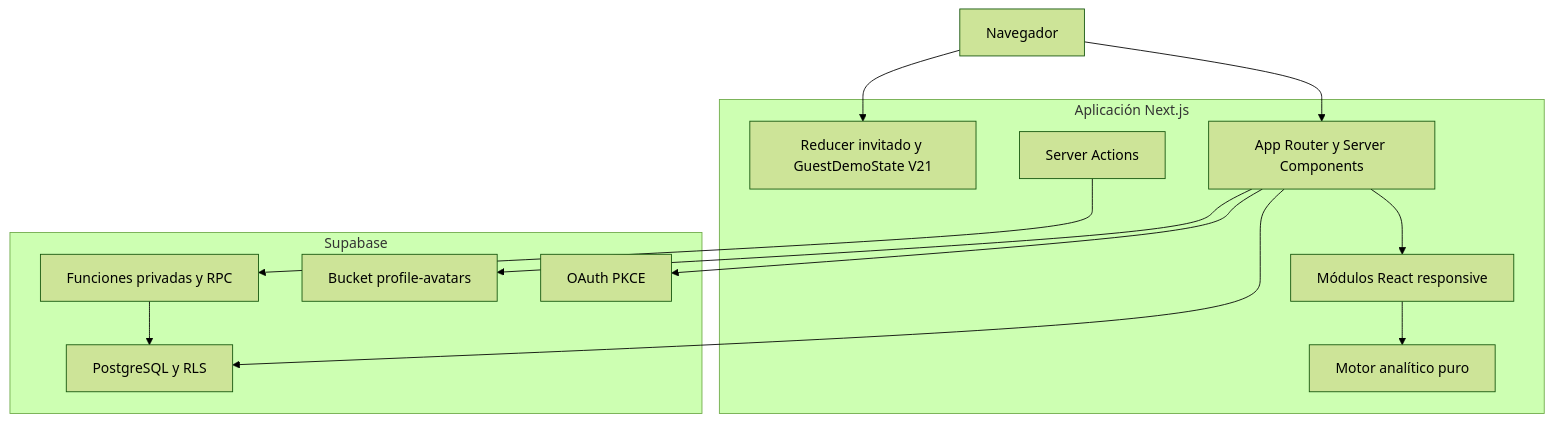
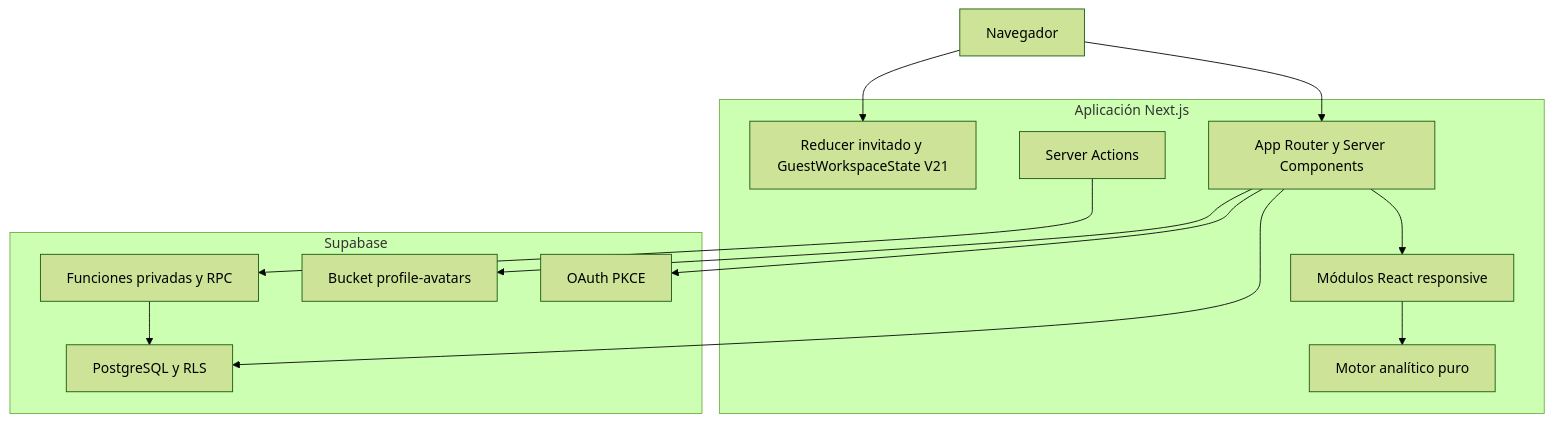
Before and after one commit to antoniojesusdelgado/management-platform-demo: the second of 9 diagrams in docs/TECHNICAL-CASE-STUDY.md, drawn with Mermaid (forest theme). The commit also changed other lines of this file and 105 other files, not shown here.

````diff
--- a/docs/TECHNICAL-CASE-STUDY.md
+++ b/docs/TECHNICAL-CASE-STUDY.md
@@ -83,26 +83,26 @@
 ```mermaid
 flowchart TB
   browser["Navegador"]
   subgraph next["Aplicación Next.js"]
     routes["App Router y Server Components"]
     actions["Server Actions"]
-    guest["Reducer invitado y GuestDemoState V21"]
+    guest["Reducer invitado y GuestWorkspaceState V21"]
     analytics["Motor analítico puro"]
     ui["Módulos React responsive"]
   end
   subgraph supabase["Supabase"]
     auth["OAuth PKCE"]
     postgres["PostgreSQL y RLS"]
     rpc["Funciones privadas y RPC"]
     storage["Bucket profile-avatars"]
   end
   browser --> routes
   browser --> guest
   routes --> ui
   ui --> analytics
   routes --> postgres
   actions --> rpc
   rpc --> postgres
   routes --> auth
   routes --> storage
 ```
````
